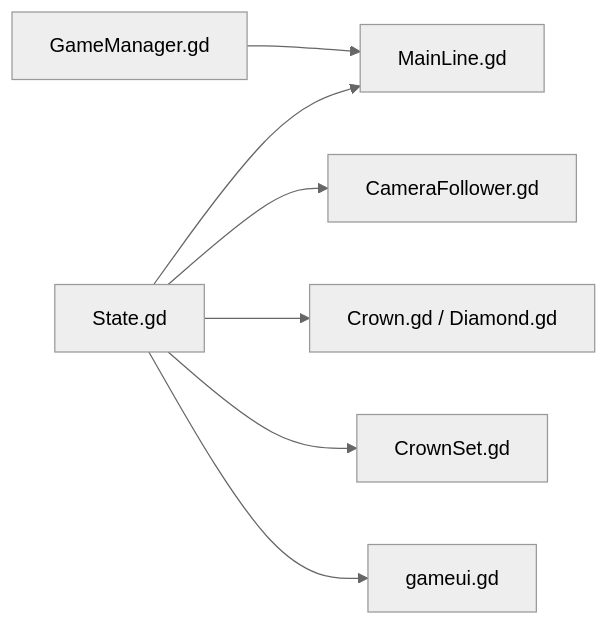
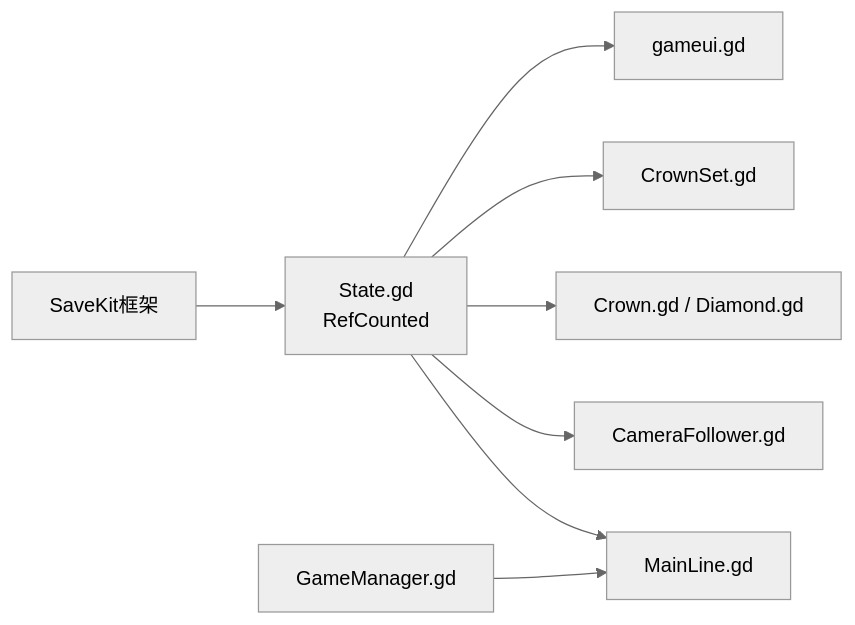
Diagram 11 of 11 in .qoder/repowiki/zh/content/核心架构设计/设计模式应用/状态管理模式.md (godotline/godot-line), drawn with Mermaid (neutral theme) before and after one commit. The commit also changed other lines of this file and 687 other files, not shown here.

````diff
--- a/.qoder/repowiki/zh/content/核心架构设计/设计模式应用/状态管理模式.md
+++ b/.qoder/repowiki/zh/content/核心架构设计/设计模式应用/状态管理模式.md
@@ -329,9 +385,10 @@
 ```mermaid
 graph LR
-State["State.gd"] --> MainLine["MainLine.gd"]
+State["State.gd<br/>RefCounted"] --> MainLine["MainLine.gd"]
 State --> CameraFollower["CameraFollower.gd"]
 State --> Trigger["Crown.gd / Diamond.gd"]
 State --> CrownSet["CrownSet.gd"]
 State --> UI["gameui.gd"]
+SaveKit["SaveKit框架"] --> State
 GameManager["GameManager.gd"] --> MainLine
 ```
````
